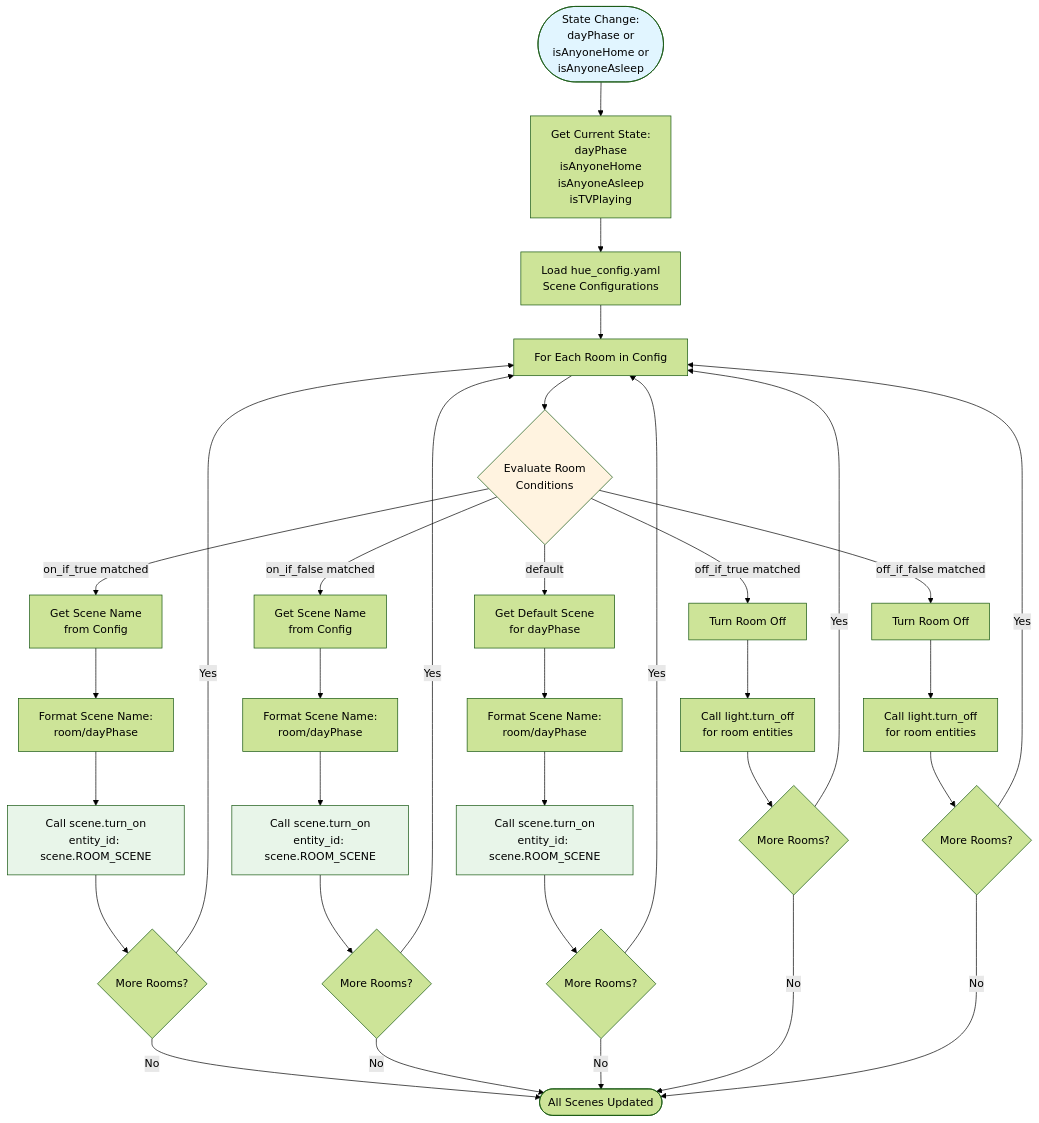
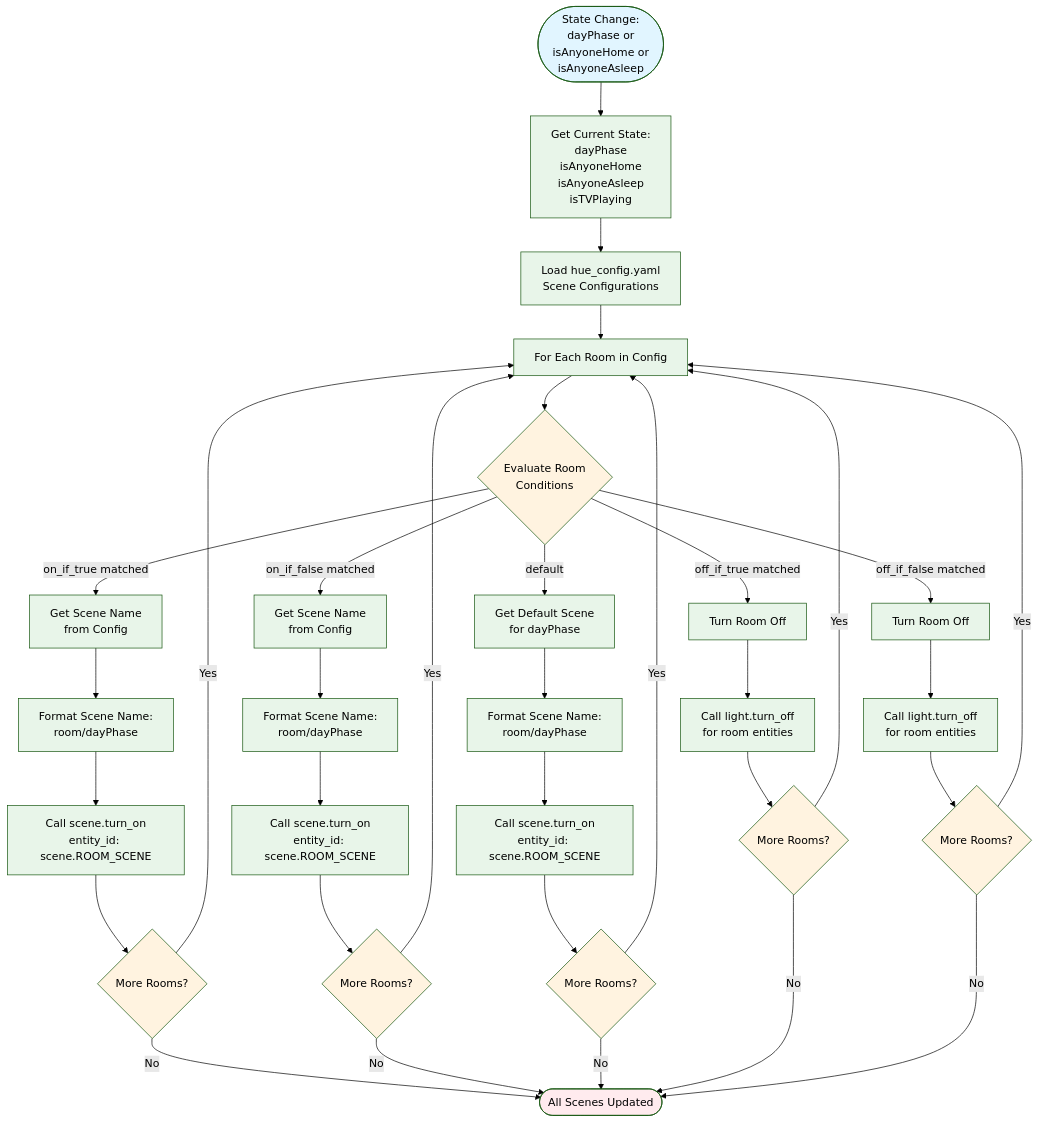
One commit to NickBorgersOnLowSecurityNode/home-automation changed the fifth of 7 diagrams in docs/architecture/VISUAL_ARCHITECTURE.md. Above: the diagram before and after it, drawn with Mermaid (forest theme). The commit also changed other lines of this file, not shown here.

First line of the commit message:
Apply complete, consistent color styling to all diagrams

````diff
--- a/docs/architecture/VISUAL_ARCHITECTURE.md
+++ b/docs/architecture/VISUAL_ARCHITECTURE.md
@@ -288,51 +348,70 @@
 ```mermaid
 flowchart TD
     Start([State Change:<br/>dayPhase or<br/>isAnyoneHome or<br/>isAnyoneAsleep]) --> GetState[Get Current State:<br/>dayPhase<br/>isAnyoneHome<br/>isAnyoneAsleep<br/>isTVPlaying]
 
     GetState --> LoadConfig[Load hue_config.yaml<br/>Scene Configurations]
 
     LoadConfig --> IterateRooms[For Each Room in Config]
 
     IterateRooms --> CheckConditions{Evaluate Room<br/>Conditions}
 
     CheckConditions -->|on_if_true matched| GetSceneOn1[Get Scene Name<br/>from Config]
     CheckConditions -->|on_if_false matched| GetSceneOn2[Get Scene Name<br/>from Config]
     CheckConditions -->|default| GetSceneDefault[Get Default Scene<br/>for dayPhase]
     CheckConditions -->|off_if_true matched| TurnOff1[Turn Room Off]
     CheckConditions -->|off_if_false matched| TurnOff2[Turn Room Off]
 
     GetSceneOn1 --> FormatScene1[Format Scene Name:<br/>room/dayPhase]
     GetSceneOn2 --> FormatScene2[Format Scene Name:<br/>room/dayPhase]
     GetSceneDefault --> FormatScene3[Format Scene Name:<br/>room/dayPhase]
 
     FormatScene1 --> ActivateScene1[Call scene.turn_on<br/>entity_id: scene.ROOM_SCENE]
     FormatScene2 --> ActivateScene2[Call scene.turn_on<br/>entity_id: scene.ROOM_SCENE]
     FormatScene3 --> ActivateScene3[Call scene.turn_on<br/>entity_id: scene.ROOM_SCENE]
 
     TurnOff1 --> CallLightOff1[Call light.turn_off<br/>for room entities]
     TurnOff2 --> CallLightOff2[Call light.turn_off<br/>for room entities]
 
     ActivateScene1 --> NextRoom1{More Rooms?}
     ActivateScene2 --> NextRoom2{More Rooms?}
     ActivateScene3 --> NextRoom3{More Rooms?}
     CallLightOff1 --> NextRoom4{More Rooms?}
     CallLightOff2 --> NextRoom5{More Rooms?}
 
     NextRoom1 -->|Yes| IterateRooms
     NextRoom2 -->|Yes| IterateRooms
     NextRoom3 -->|Yes| IterateRooms
     NextRoom4 -->|Yes| IterateRooms
     NextRoom5 -->|Yes| IterateRooms
 
     NextRoom1 -->|No| Complete([All Scenes Updated])
     NextRoom2 -->|No| Complete
     NextRoom3 -->|No| Complete
     NextRoom4 -->|No| Complete
     NextRoom5 -->|No| Complete
 
     style Start fill:#e1f5ff
+    style GetState fill:#e8f5e9
+    style LoadConfig fill:#e8f5e9
+    style IterateRooms fill:#e8f5e9
     style CheckConditions fill:#fff3e0
+    style GetSceneOn1 fill:#e8f5e9
+    style GetSceneOn2 fill:#e8f5e9
+    style GetSceneDefault fill:#e8f5e9
+    style TurnOff1 fill:#e8f5e9
+    style TurnOff2 fill:#e8f5e9
+    style FormatScene1 fill:#e8f5e9
+    style FormatScene2 fill:#e8f5e9
+    style FormatScene3 fill:#e8f5e9
     style ActivateScene1 fill:#e8f5e9
     style ActivateScene2 fill:#e8f5e9
     style ActivateScene3 fill:#e8f5e9
+    style CallLightOff1 fill:#e8f5e9
+    style CallLightOff2 fill:#e8f5e9
+    style NextRoom1 fill:#fff3e0
+    style NextRoom2 fill:#fff3e0
+    style NextRoom3 fill:#fff3e0
+    style NextRoom4 fill:#fff3e0
+    style NextRoom5 fill:#fff3e0
+    style Complete fill:#ffebee
 ```
````
